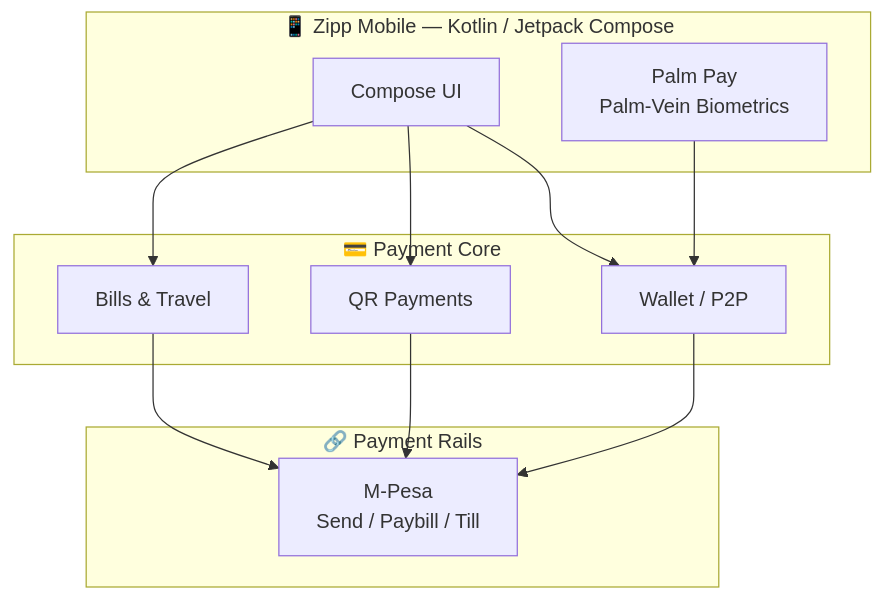
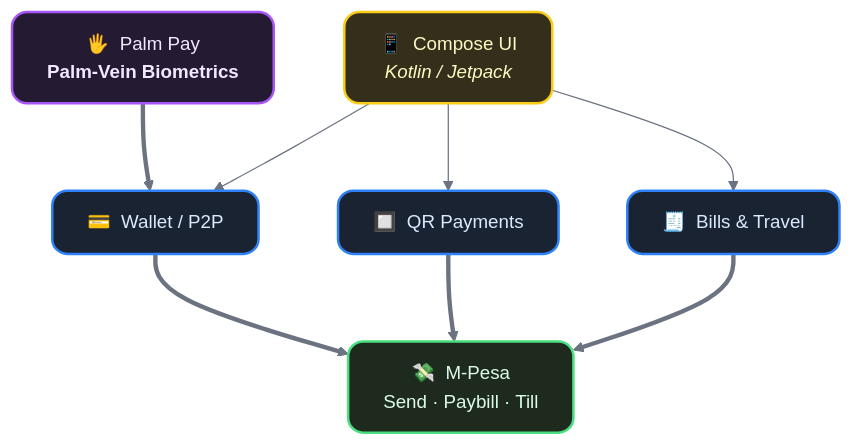
One commit to KelseySaul/KelseySaul changed the third of 3 diagrams in README.md. Above: the diagram before and after it, drawn with Mermaid. The commit also changed other lines of this file, not shown here.

````diff
--- a/README.md
+++ b/README.md
@@ -169,25 +176,28 @@
 ```mermaid
+%%{init: {'theme':'base','themeVariables':{'fontFamily':'Segoe UI, sans-serif','fontSize':'15px','primaryColor':'#1f2233','primaryTextColor':'#e6e8f0','primaryBorderColor':'#3a3f5c','lineColor':'#6b7280','clusterBkg':'#16182400','clusterBorder':'#2a2e42','edgeLabelBackground':'#0d0f18'},'flowchart':{'curve':'basis','nodeSpacing':55,'rankSpacing':70,'padding':14}}}%%
 flowchart TB
-    subgraph App["📱 Zipp Mobile — Kotlin / Jetpack Compose"]
-        UI["Compose UI"]
-        PALM["Palm Pay<br/>Palm-Vein Biometrics"]
-    end
-
-    subgraph Core["💳 Payment Core"]
-        WALLET["Wallet / P2P"]
-        QR["QR Payments"]
-        BILLS["Bills & Travel"]
-    end
-
-    subgraph Rails["🔗 Payment Rails"]
-        MPESA["M-Pesa<br/>Send / Paybill / Till"]
-    end
+    UI["📱 &nbsp;Compose UI<br/><i>Kotlin / Jetpack</i>"]
+    PALM["🖐️ &nbsp;Palm Pay<br/><b>Palm-Vein Biometrics</b>"]
+    WALLET["💳 &nbsp;Wallet / P2P"]
+    QR["🔲 &nbsp;QR Payments"]
+    BILLS["🧾 &nbsp;Bills & Travel"]
+    MPESA["💸 &nbsp;M-Pesa<br/>Send · Paybill · Till"]
 
     UI --> WALLET
-    PALM --> WALLET
+    PALM ==> WALLET
     UI --> QR
     UI --> BILLS
-    WALLET --> MPESA
-    QR --> MPESA
-    BILLS --> MPESA
+    WALLET ==> MPESA
+    QR ==> MPESA
+    BILLS ==> MPESA
+
+    classDef app fill:#332f1a,stroke:#facc15,stroke-width:2px,color:#fef9c3,rx:12,ry:12;
+    classDef bio fill:#241b33,stroke:#a855f7,stroke-width:2px,color:#f3e8ff,rx:12,ry:12;
+    classDef core fill:#1a2332,stroke:#2f81f7,stroke-width:2px,color:#dbeafe,rx:12,ry:12;
+    classDef rails fill:#1e2a1e,stroke:#4ade80,stroke-width:2px,color:#dcfce7,rx:12,ry:12;
+
+    class UI app;
+    class PALM bio;
+    class WALLET,QR,BILLS core;
+    class MPESA rails;
 ```
````
